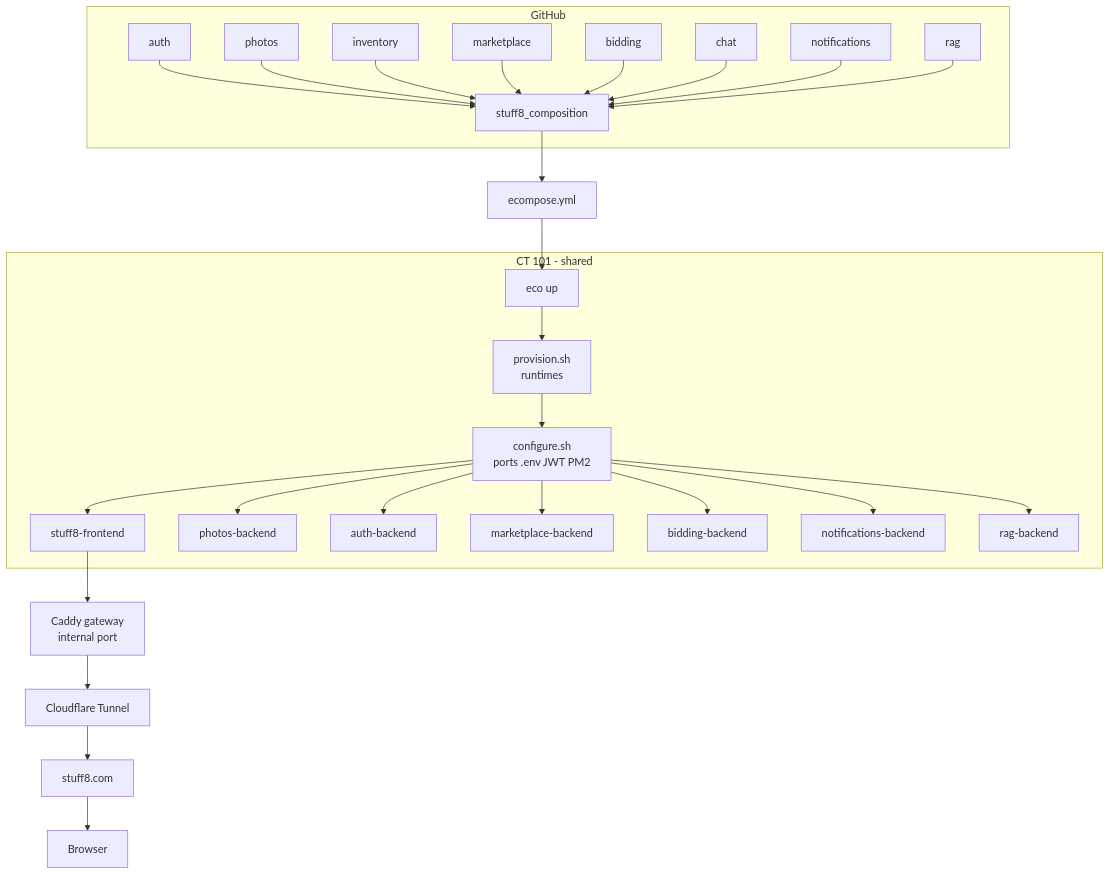
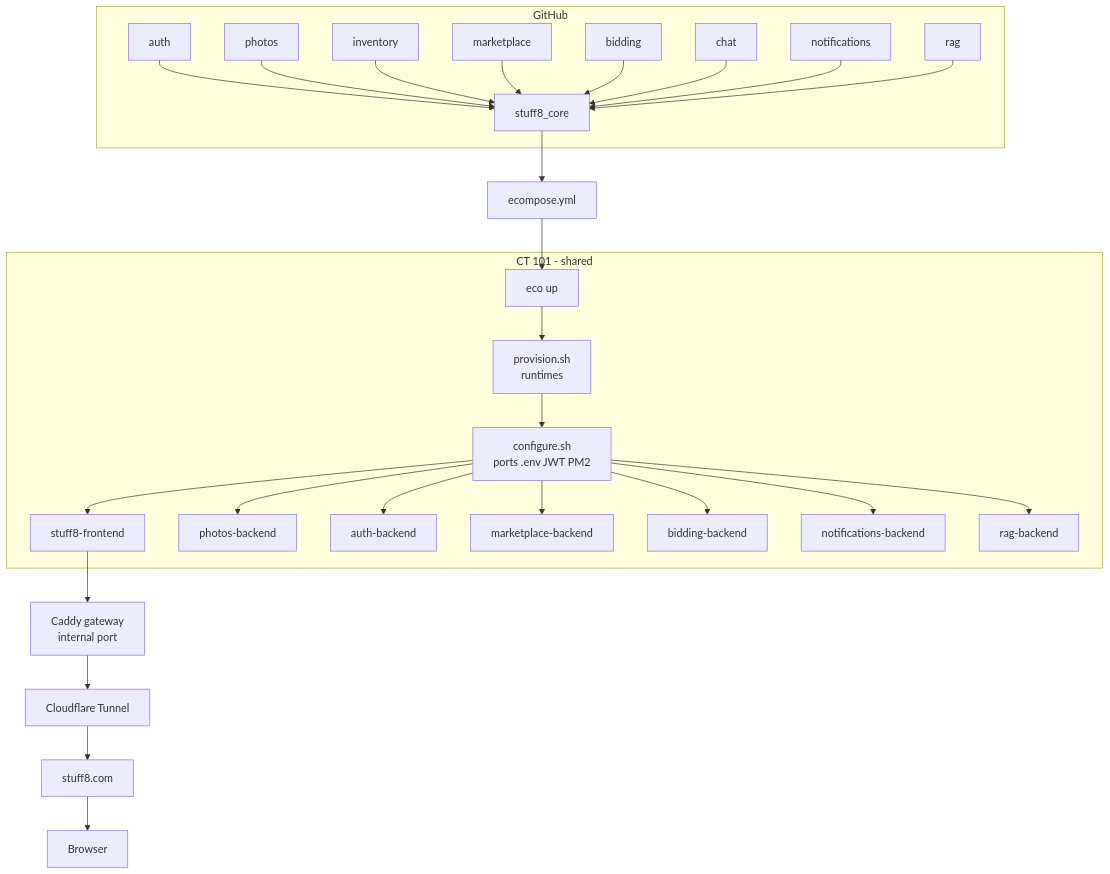
The first of 2 diagrams in frontend/case-study/stuff8.md (getecosphere/eco_docs), drawn with Mermaid before and after one commit. The commit also changed other lines of this file and 2 other files, not shown here.

Commit message:
docs: stuff8 estate repo renamed to stuff8_core

````diff
--- a/frontend/case-study/stuff8.md
+++ b/frontend/case-study/stuff8.md
@@ -37,34 +37,34 @@
 ```mermaid
 flowchart TD
     subgraph GitHub
         A[auth] --> G
         B[photos] --> G
         C[inventory] --> G
         D[marketplace] --> G
         E[bidding] --> G
         F[chat] --> G
         H[notifications] --> G
         I[rag] --> G
-        G[stuff8_composition]
+        G[stuff8_core]
     end
 
     G --> M[ecompose.yml]
     M --> U[eco up]
 
     subgraph CT101[CT 101 - shared]
         U --> P[provision.sh<br/>runtimes]
         P --> W[configure.sh<br/>ports .env JWT PM2]
         W --> S1[stuff8-frontend]
         W --> S2[photos-backend]
         W --> S3[auth-backend]
         W --> S4[marketplace-backend]
         W --> S5[bidding-backend]
         W --> S6[notifications-backend]
         W --> S7[rag-backend]
     end
 
     S1 --> GATE[Caddy gateway<br/>internal port]
     GATE --> CF[Cloudflare Tunnel]
     CF --> DNS[stuff8.com]
     DNS --> USER[Browser]
 ```
````
